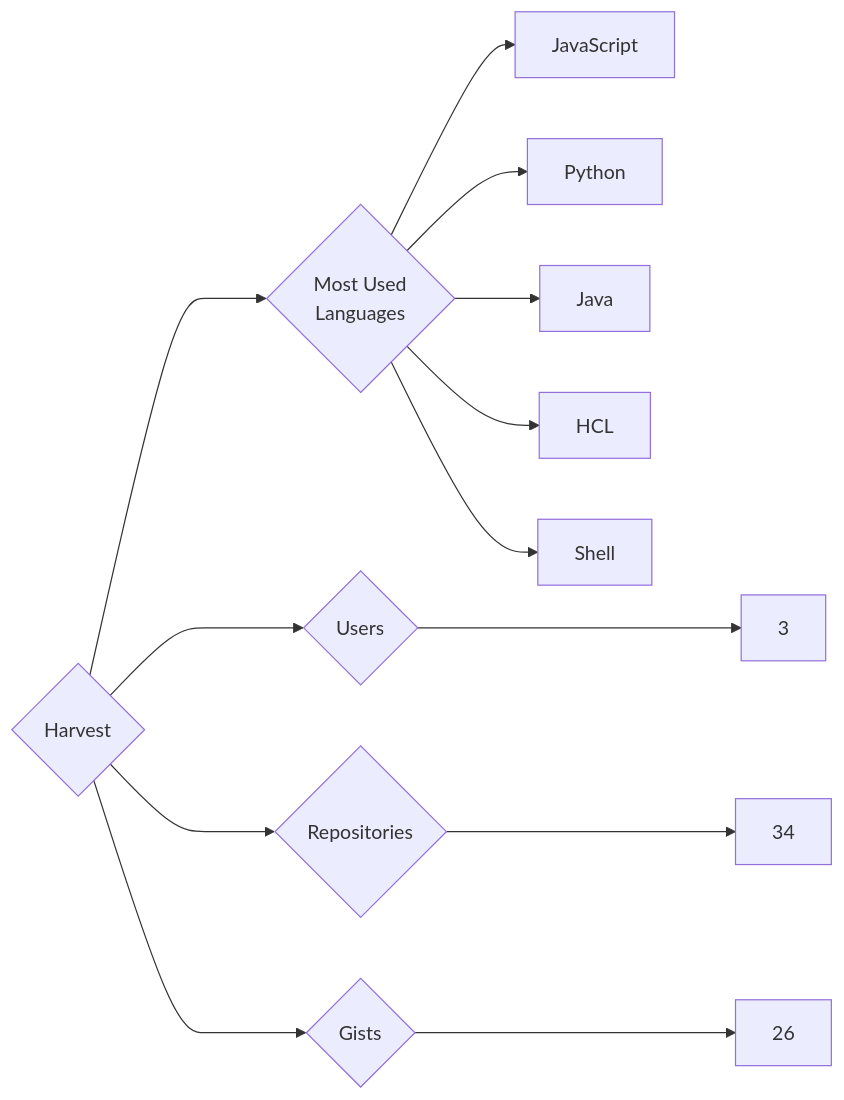
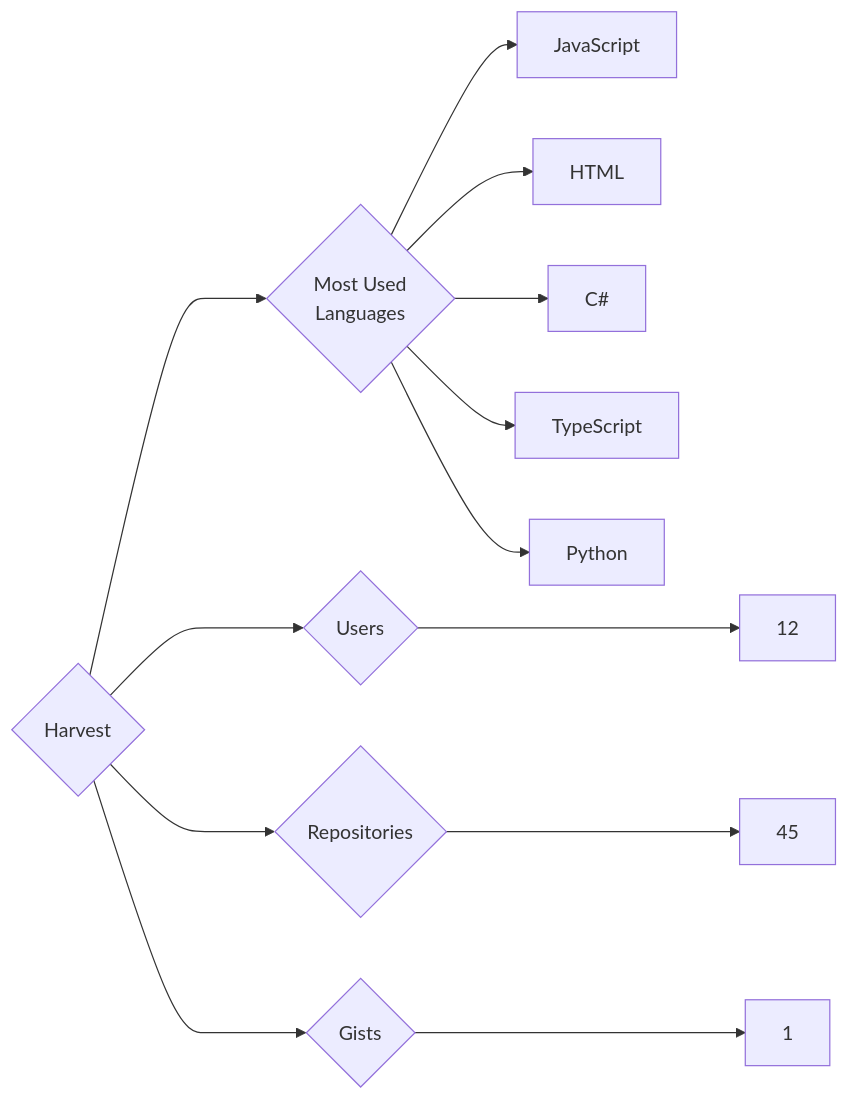
The diagram in targets/Harvest/README.md (trickest/insiders), drawn with Mermaid before and after one commit. The commit also changed 924 other files, not shown here.

````diff
--- a/targets/Harvest/README.md
+++ b/targets/Harvest/README.md
@@ -3,13 +3,13 @@
 ```mermaid
 graph LR
 COMPANY_NAME{Harvest}
-COMPANY_NAME ---> U{Users} ---> UN[3]
-COMPANY_NAME ---> R{Repositories} ---> RN[34]
-COMPANY_NAME ---> G{Gists} ---> GN[26]
+COMPANY_NAME ---> U{Users} ---> UN[12]
+COMPANY_NAME ---> R{Repositories} ---> RN[45]
+COMPANY_NAME ---> G{Gists} ---> GN[1]
 COMPANY_NAME ---> ML{Most Used<br>Languages}
 ML --> JavaScript[JavaScript]
+ML --> HTML[HTML]
+ML --> C#[C#]
+ML --> TypeScript[TypeScript]
 ML --> Python[Python]
-ML --> Java[Java]
-ML --> HCL[HCL]
-ML --> Shell[Shell]
 ```
````
